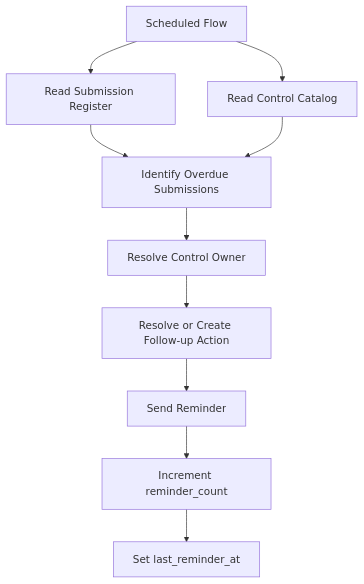
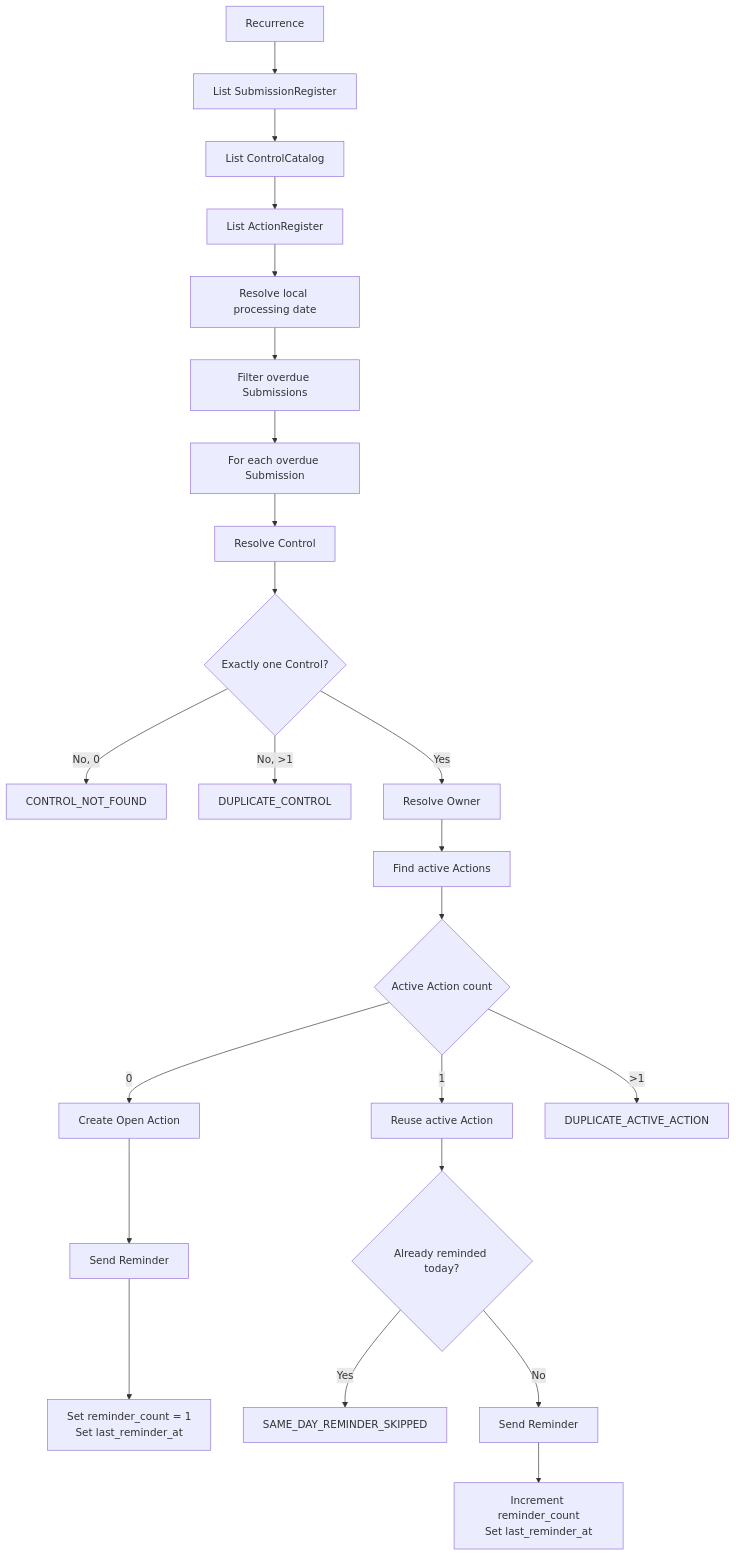
Before and after one commit to gw-ai-security/cyber-governance-automation-lab: the fourth of 4 diagrams in docs/architecture.md, drawn with Mermaid. The commit also changed other lines of this file, not shown here.

Commit message:
docs: update architecture for Phase 6

````diff
--- a/docs/architecture.md
+++ b/docs/architecture.md
@@ -312,12 +177,30 @@
 ```mermaid
 flowchart TD
-    A[Scheduled Flow] --> B[Read Submission Register]
-    A --> C[Read Control Catalog]
-    B --> D[Identify Overdue Submissions]
-    C --> D
-    D --> E[Resolve Control Owner]
-    E --> F[Resolve or Create Follow-up Action]
-    F --> G[Send Reminder]
-    G --> H[Increment reminder_count]
-    H --> I[Set last_reminder_at]
+    A[Recurrence] --> B[List SubmissionRegister]
+    B --> C[List ControlCatalog]
+    C --> D[List ActionRegister]
+    D --> E[Resolve local processing date]
+    E --> F[Filter overdue Submissions]
+    F --> G[For each overdue Submission]
+
+    G --> H[Resolve Control]
+    H --> I{Exactly one Control?}
+    I -->|No, 0| J[CONTROL_NOT_FOUND]
+    I -->|No, >1| K[DUPLICATE_CONTROL]
+
+    I -->|Yes| L[Resolve Owner]
+    L --> M[Find active Actions]
+    M --> N{Active Action count}
+
+    N -->|0| O[Create Open Action]
+    O --> P[Send Reminder]
+    P --> Q[Set reminder_count = 1<br/>Set last_reminder_at]
+
+    N -->|1| R[Reuse active Action]
+    R --> S{Already reminded today?}
+    S -->|Yes| T[SAME_DAY_REMINDER_SKIPPED]
+    S -->|No| U[Send Reminder]
+    U --> V[Increment reminder_count<br/>Set last_reminder_at]
+
+    N -->|>1| W[DUPLICATE_ACTIVE_ACTION]
 ```
````
